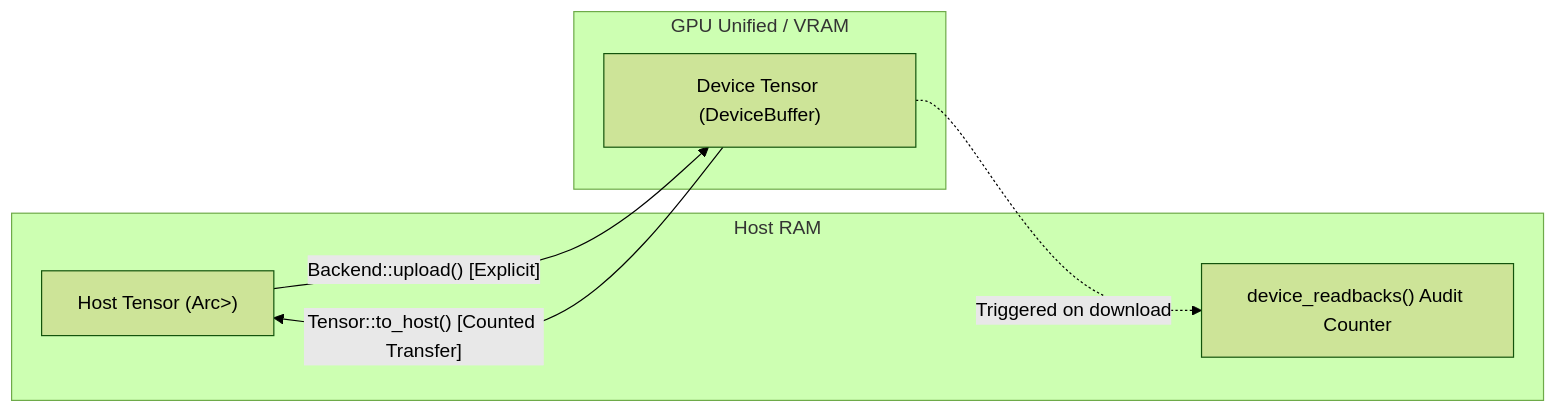
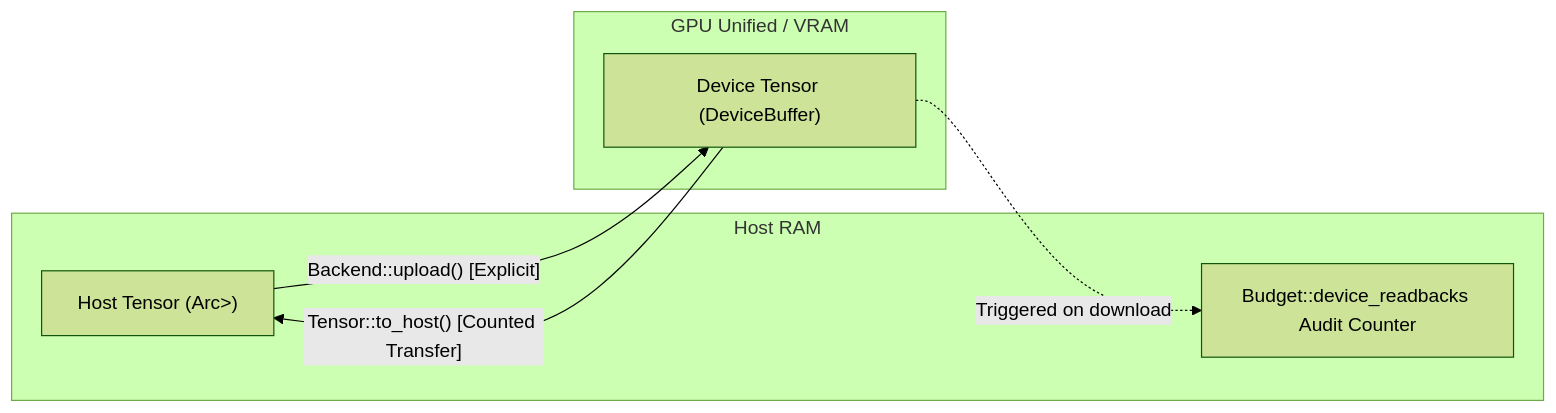
The second of 3 diagrams in docs/backends.md (bharathvbcr/ojas), drawn with Mermaid (forest theme) before and after one commit. The commit also changed other lines of this file and 11 other files, not shown here.

First line of the commit message:
docs: readbacks are counted per budget tree; autograd runs G6 on Metal

````diff
--- a/docs/backends.md
+++ b/docs/backends.md
@@ -44,15 +44,15 @@
 ```mermaid
 flowchart LR
     subgraph HostRAM["Host RAM"]
         HostTen["Host Tensor (Arc<Vec<u8>>)"]
-        Audit["device_readbacks() Audit Counter"]
+        Audit["Budget::device_readbacks Audit Counter"]
     end
 
     subgraph GPUMem["GPU Unified / VRAM"]
         DeviceTen["Device Tensor (DeviceBuffer)"]
     end
 
     HostTen -->|"Backend::upload() [Explicit]"| DeviceTen
     DeviceTen -->|"Tensor::to_host() [Counted Transfer]"| HostTen
     DeviceTen -.->|Triggered on download| Audit
 ```
````
